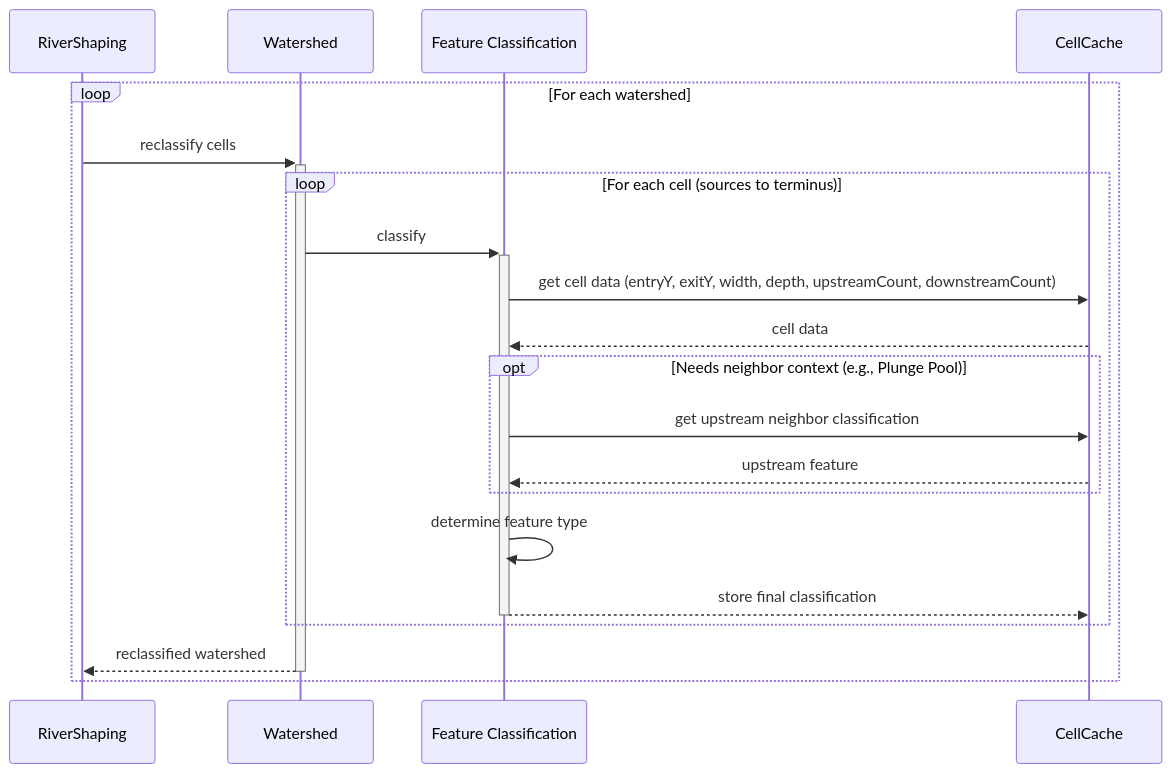
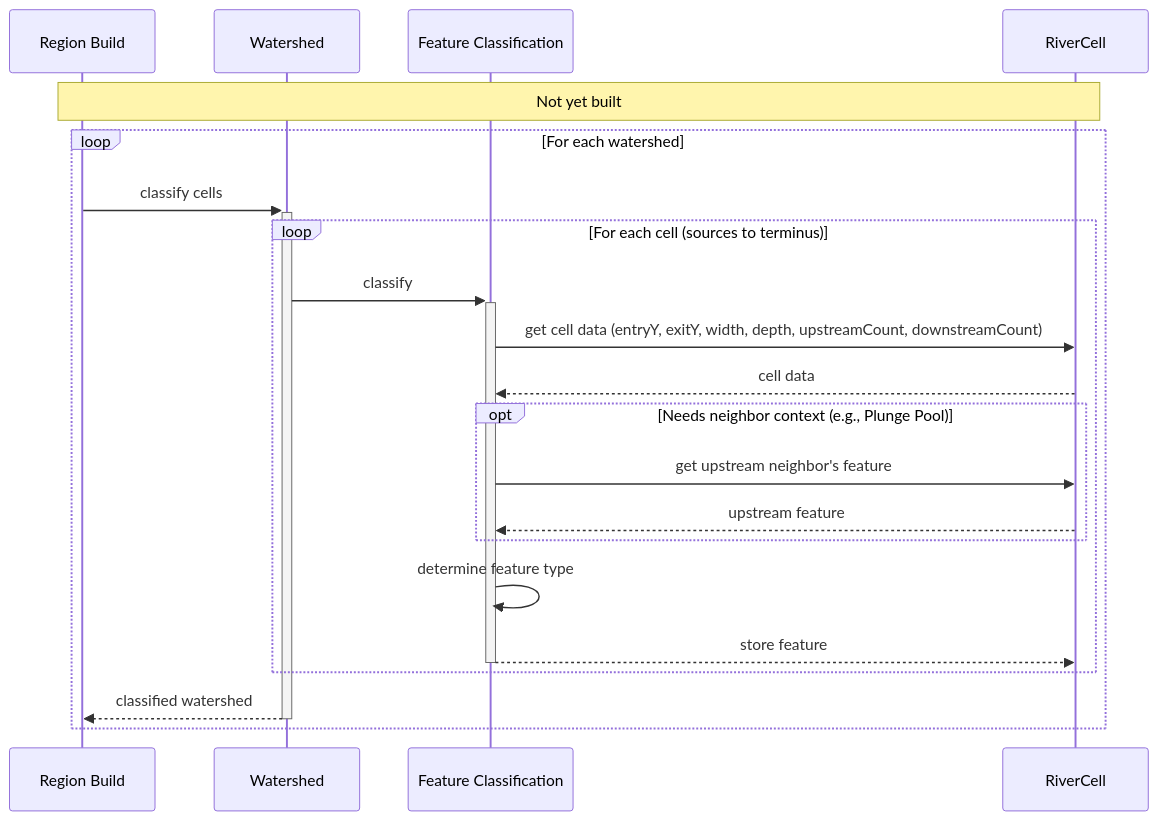
Before and after one commit to SoSly/RiverTale: diagram 18 of 22 in docs/features/rivers/Rough Diagrams.md, drawn with Mermaid. The commit also changed other lines of this file and 33 other files, not shown here.

Commit message:
docs: replace stale feature docs with an accurate rough diagrams map

````diff
--- a/docs/features/rivers/Rough Diagrams.md
+++ b/docs/features/rivers/Rough Diagrams.md
@@ -443,25 +576,27 @@
 ```mermaid
 sequenceDiagram
-    participant RiverShaping
+    participant Build as Region Build
     participant Watershed
     participant Features as Feature Classification
-    participant CellCache
+    participant RiverCell
+
+    Note over Build,RiverCell: Not yet built
 
     loop For each watershed
-        RiverShaping ->>+ Watershed: reclassify cells
+        Build ->>+ Watershed: classify cells
 
         loop For each cell (sources to terminus)
             Watershed ->>+ Features: classify
-            Features ->> CellCache: get cell data (entryY, exitY, width, depth, upstreamCount, downstreamCount)
-            CellCache -->> Features: cell data
+            Features ->> RiverCell: get cell data (entryY, exitY, width, depth, upstreamCount, downstreamCount)
+            RiverCell -->> Features: cell data
             opt Needs neighbor context (e.g., Plunge Pool)
-                Features ->> CellCache: get upstream neighbor classification
-                CellCache -->> Features: upstream feature
+                Features ->> RiverCell: get upstream neighbor's feature
+                RiverCell -->> Features: upstream feature
             end
             Features ->> Features: determine feature type
-            Features -->>- CellCache: store final classification
+            Features -->>- RiverCell: store feature
         end
 
-        Watershed -->>- RiverShaping: reclassified watershed
+        Watershed -->>- Build: classified watershed
     end
 ```
````
